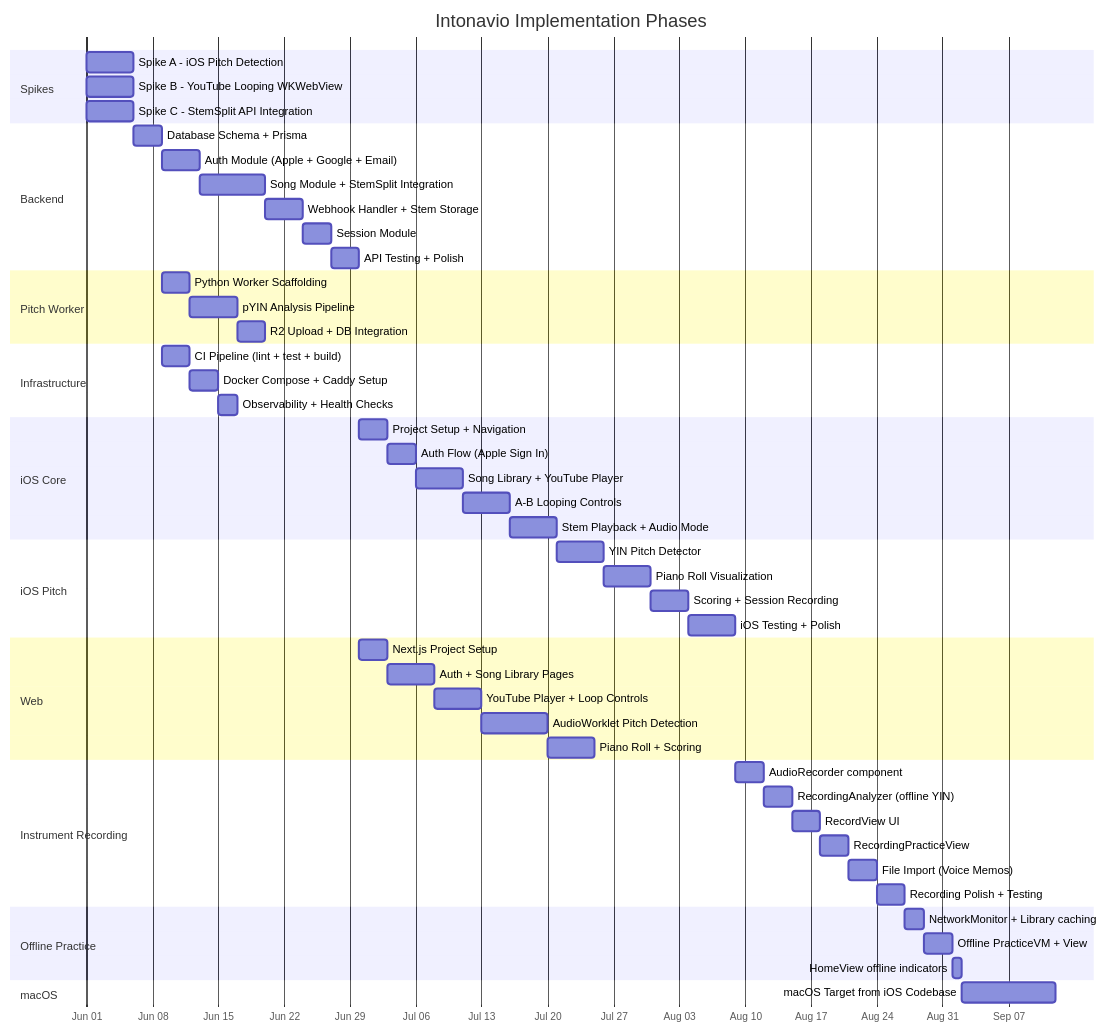
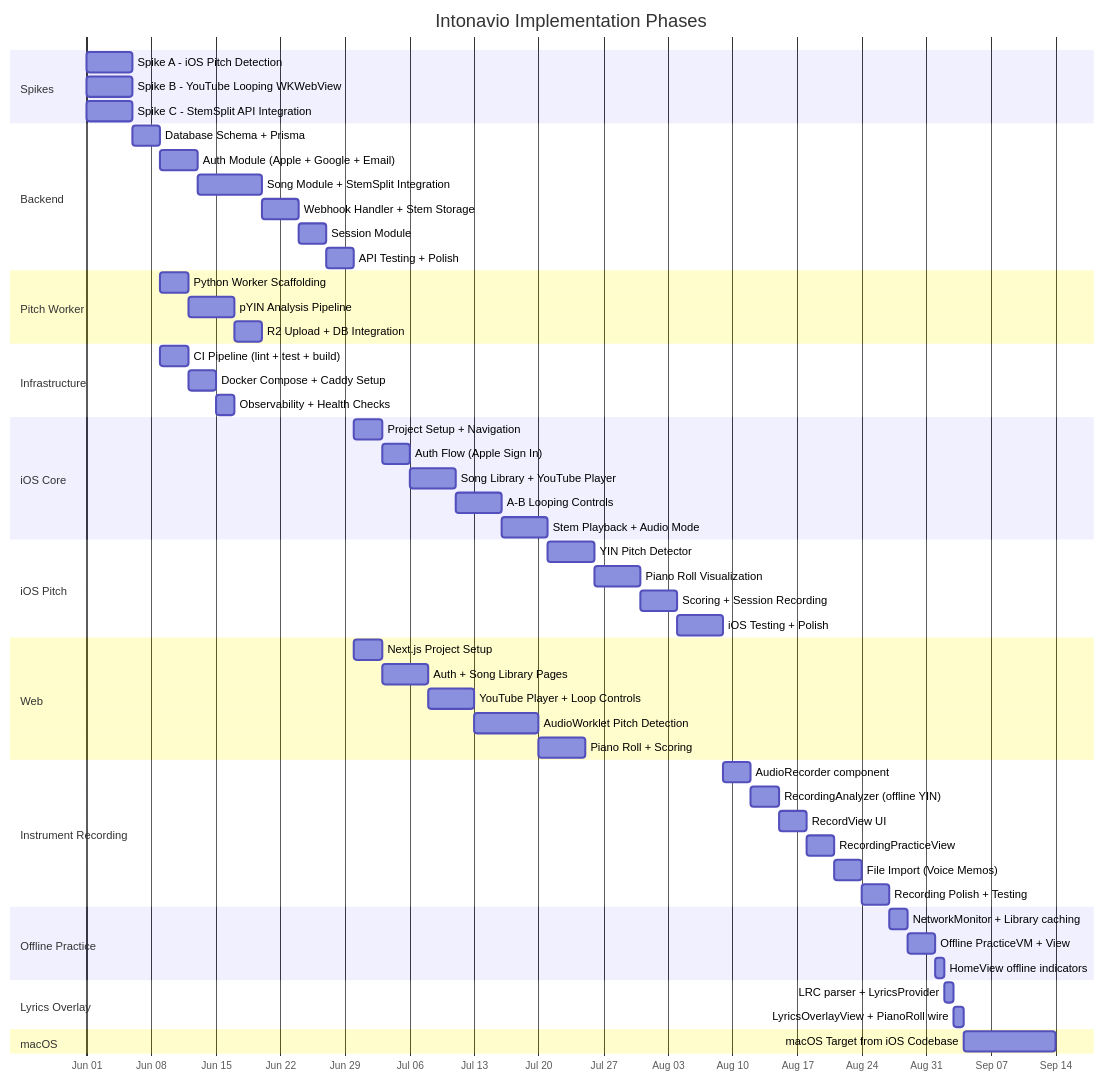
The first of 2 diagrams in docs/10-implementation-phases.md (pawelgawliczek/intonavio), drawn with Mermaid before and after one commit. The commit also changed other lines of this file and 10 other files, not shown here.

````diff
--- a/docs/10-implementation-phases.md
+++ b/docs/10-implementation-phases.md
@@ -5,65 +5,69 @@
 ```mermaid
 gantt
     title Intonavio Implementation Phases
     dateFormat YYYY-MM-DD
     axisFormat %b %d
 
     section Spikes
     Spike A - iOS Pitch Detection       :spike-a, 2025-06-01, 5d
     Spike B - YouTube Looping WKWebView :spike-b, 2025-06-01, 5d
     Spike C - StemSplit API Integration  :spike-c, 2025-06-01, 5d
 
     section Backend
     Database Schema + Prisma            :db, after spike-c, 3d
     Auth Module (Apple + Google + Email) :auth, after db, 4d
     Song Module + StemSplit Integration  :songs, after auth, 7d
     Webhook Handler + Stem Storage      :webhook, after songs, 4d
     Session Module                      :sessions, after webhook, 3d
     API Testing + Polish                :api-test, after sessions, 3d
 
     section Pitch Worker
     Python Worker Scaffolding           :worker-scaffold, after db, 3d
     pYIN Analysis Pipeline              :pyin, after worker-scaffold, 5d
     R2 Upload + DB Integration          :worker-int, after pyin, 3d
 
     section Infrastructure
     CI Pipeline (lint + test + build)   :ci, after db, 3d
     Docker Compose + Caddy Setup         :docker, after ci, 3d
     Observability + Health Checks       :obs, after docker, 2d
 
     section iOS Core
     Project Setup + Navigation          :ios-setup, after api-test, 3d
     Auth Flow (Apple Sign In)           :ios-auth, after ios-setup, 3d
     Song Library + YouTube Player       :ios-library, after ios-auth, 5d
     A-B Looping Controls                :ios-loop, after ios-library, 5d
     Stem Playback + Audio Mode          :ios-stems, after ios-loop, 5d
 
     section iOS Pitch
     YIN Pitch Detector                  :ios-yin, after ios-stems, 5d
     Piano Roll Visualization            :ios-piano, after ios-yin, 5d
     Scoring + Session Recording         :ios-score, after ios-piano, 4d
     iOS Testing + Polish                :ios-test, after ios-score, 5d
 
     section Web
     Next.js Project Setup               :web-setup, after api-test, 3d
     Auth + Song Library Pages           :web-pages, after web-setup, 5d
     YouTube Player + Loop Controls      :web-yt, after web-pages, 5d
     AudioWorklet Pitch Detection        :web-pitch, after web-yt, 7d
     Piano Roll + Scoring                :web-piano, after web-pitch, 5d
 
     section Instrument Recording
     AudioRecorder component             :rec-audio, after ios-test, 3d
     RecordingAnalyzer (offline YIN)     :rec-analyze, after rec-audio, 3d
     RecordView UI                       :rec-ui, after rec-analyze, 3d
     RecordingPracticeView               :rec-practice, after rec-ui, 3d
     File Import (Voice Memos)           :rec-import, after rec-practice, 3d
     Recording Polish + Testing          :rec-test, after rec-import, 3d
 
     section Offline Practice
     NetworkMonitor + Library caching    :offline-net, after rec-test, 2d
     Offline PracticeVM + View           :offline-vm, after offline-net, 3d
     HomeView offline indicators         :offline-ui, after offline-vm, 1d
 
+    section Lyrics Overlay
+    LRC parser + LyricsProvider         :lyrics-core, after offline-ui, 1d
+    LyricsOverlayView + PianoRoll wire  :lyrics-ui, after lyrics-core, 1d
+
     section macOS
-    macOS Target from iOS Codebase      :macos, after offline-ui, 10d
+    macOS Target from iOS Codebase      :macos, after lyrics-ui, 10d
 ```
````
